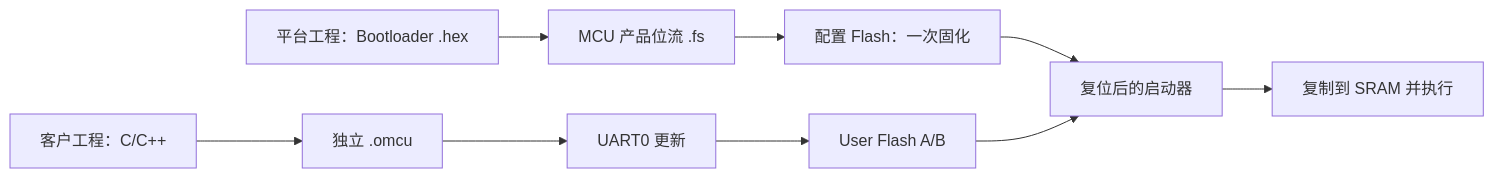
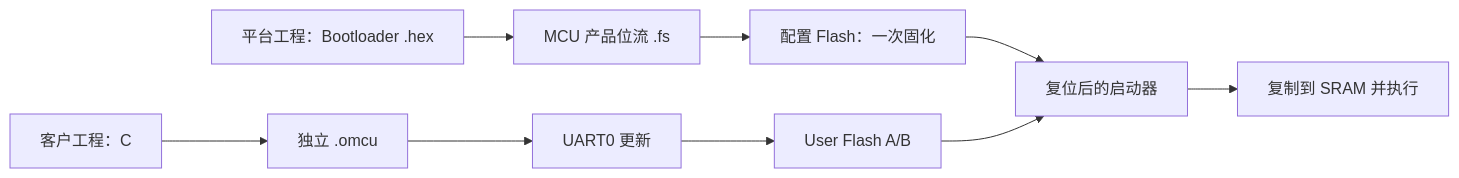
The diagram in docs/zh-CN/README.md (tianrking/OpenMCU-TN9K), drawn with Mermaid before and after one commit. The commit also changed other lines of this file and 11 other files, not shown here.

````diff
--- a/docs/zh-CN/README.md
+++ b/docs/zh-CN/README.md
@@ -15,11 +15,11 @@
 ```mermaid
 flowchart LR
   A[平台工程：Bootloader .hex] --> B[MCU 产品位流 .fs]
   B --> C[配置 Flash：一次固化]
-  D[客户工程：C/C++] --> E[独立 .omcu]
+  D[客户工程：C] --> E[独立 .omcu]
   E --> F[UART0 更新]
   F --> G[User Flash A/B]
   C --> H[复位后的启动器]
   G --> H
   H --> I[复制到 SRAM 并执行]
 ```
````
